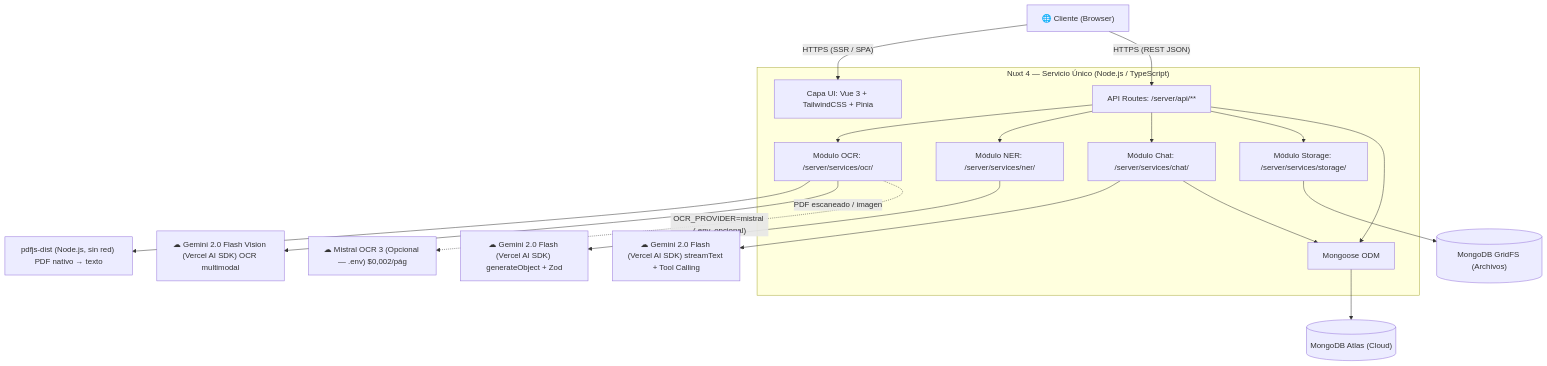
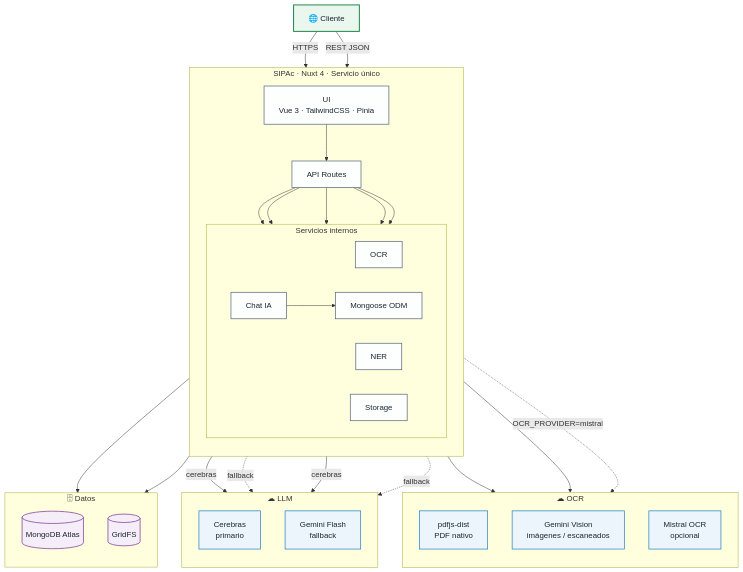
Before and after one commit to KarloZ7715/SIPAc: the first of 2 diagrams in docs/analisis-diseno/documentacion/03-arquitectura-tecnica.md, drawn with Mermaid. The commit also changed other lines of this file and 8 other files, not shown here.

````diff
--- a/docs/analisis-diseno/documentacion/03-arquitectura-tecnica.md
+++ b/docs/analisis-diseno/documentacion/03-arquitectura-tecnica.md
@@ -22,38 +26,71 @@
 ```mermaid
-graph TD
-    Browser["🌐 Cliente (Browser)"]
+flowchart TB
+  Browser["🌐 Cliente"]
 
-    subgraph Nuxt4["Nuxt 4 — Servicio Único (Node.js / TypeScript)"]
-        UI["Capa UI: Vue 3 + TailwindCSS + Pinia"]
-        API["API Routes: /server/api/**"]
-        OCR["Módulo OCR: /server/services/ocr/"]
-        NER["Módulo NER: /server/services/ner/"]
-        Chat["Módulo Chat: /server/services/chat/"]
-        Storage["Módulo Storage: /server/services/storage/"]
-        ODM["Mongoose ODM"]
+  subgraph SIPAc["SIPAc · Nuxt 4 · Servicio único"]
+    direction TB
+    UI["UI<br/>Vue 3 · TailwindCSS · Pinia"]
+    API["API Routes"]
+
+    subgraph Services["Servicios internos"]
+      direction LR
+      OCR["OCR"]
+      NER["NER"]
+      Chat["Chat IA"]
+      Storage["Storage"]
+      ODM["Mongoose ODM"]
     end
+  end
 
-    MongoDB[("MongoDB Atlas (Cloud)")]
-    GridFS[("MongoDB GridFS (Archivos)")]
-    GeminiVision["☁ Gemini 2.0 Flash Vision (Vercel AI SDK) OCR multimodal"]
-    GeminiText["☁ Gemini 2.0 Flash (Vercel AI SDK) generateObject + Zod"]
-    GeminiChat["☁ Gemini 2.0 Flash (Vercel AI SDK) streamText + Tool Calling"]
-    MistralOCR["☁ Mistral OCR 3 (Opcional — .env) $0,002/pág"]
-    PdfjsDist["pdfjs-dist (Node.js, sin red) PDF nativo → texto"]
+  subgraph OCRProviders["☁ OCR"]
+    direction TB
+    Pdfjs["pdfjs-dist<br/>PDF nativo"]
+    GeminiVision["Gemini Vision<br/>imágenes / escaneados"]
+    Mistral["Mistral OCR<br/>opcional"]
+  end
 
-    Browser -- "HTTPS (SSR / SPA)" --> UI
-    Browser -- "HTTPS (REST JSON)" --> API
-    API --> OCR
-    API --> NER
-    API --> Chat
-    API --> Storage
-    API --> ODM
-    ODM --> MongoDB
-    Storage --> GridFS
-    OCR --> PdfjsDist
-    OCR -- "PDF escaneado / imagen" --> GeminiVision
-    OCR -. "OCR_PROVIDER=mistral (.env, opcional)" .-> MistralOCR
-    NER --> GeminiText
-    Chat --> GeminiChat
-    Chat --> ODM
+  subgraph LLMProviders["☁ LLM"]
+    direction TB
+    Cerebras["Cerebras<br/>primario"]
+    Gemini["Gemini Flash<br/>fallback"]
+  end
+
+  subgraph Data["🗄 Datos"]
+    direction TB
+    MongoDB[(MongoDB Atlas)]
+    GridFS[(GridFS)]
+  end
+
+  Browser -->|HTTPS| UI
+  Browser -->|REST JSON| API
+  UI --> API
+
+  API --> OCR
+  API --> NER
+  API --> Chat
+  API --> Storage
+  API --> ODM
+
+  OCR --> Pdfjs
+  OCR --> GeminiVision
+  OCR -.->|OCR_PROVIDER=mistral| Mistral
+
+  NER -->|cerebras| Cerebras
+  NER -.->|fallback| Gemini
+  Chat -->|cerebras| Cerebras
+  Chat -.->|fallback| Gemini
+  Chat --> ODM
+
+  ODM --> MongoDB
+  Storage --> GridFS
+
+  classDef browserNode fill:#EAF7EE,stroke:#1E8449,color:#1B2631,stroke-width:2px
+  classDef appNode fill:#FDFEFE,stroke:#5D6D7E,color:#1B2631,stroke-width:1.5px
+  classDef providerNode fill:#EBF5FB,stroke:#2E86C1,color:#1B2631,stroke-width:1.5px
+  classDef dbNode fill:#F5EEF8,stroke:#7D3C98,color:#1B2631,stroke-width:1.5px
+
+  class Browser browserNode
+  class UI,API,OCR,NER,Chat,Storage,ODM appNode
+  class Pdfjs,GeminiVision,Mistral,Cerebras,Gemini providerNode
+  class MongoDB,GridFS dbNode
 ```
````
